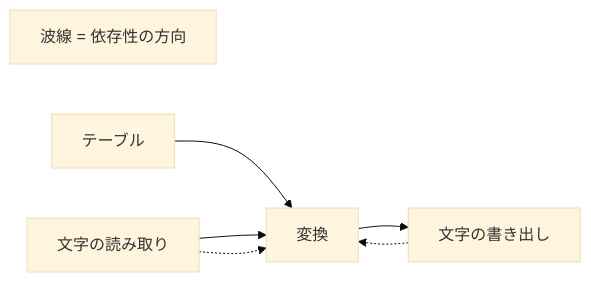
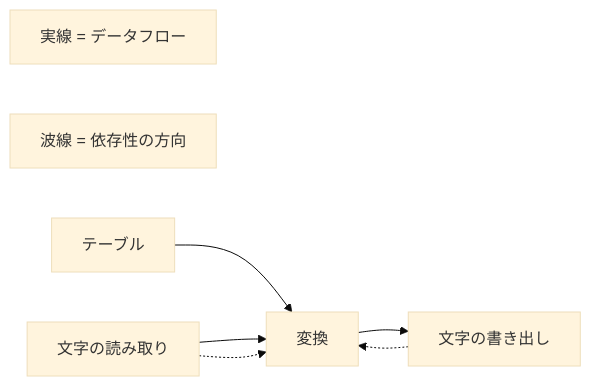
Before and after one commit to kuromitsu0104/TIL: the tenth of 10 diagrams in docs/software_design/clean_architecture/note.md, drawn with Mermaid (base theme).

````diff
--- a/docs/software_design/clean_architecture/note.md
+++ b/docs/software_design/clean_architecture/note.md
@@ -1224,12 +1224,12 @@
   ```mermaid
   graph LR
 
   A["実線 = データフロー"]
-  A["波線 = 依存性の方向"]
+  B["波線 = 依存性の方向"]
 
   テーブル --> 変換
   文字の読み取り --> 変換
   文字の読み取り -.-> 変換
   文字の書き出し -.-> 変換
   変換 --> 文字の書き出し
   ```
````
